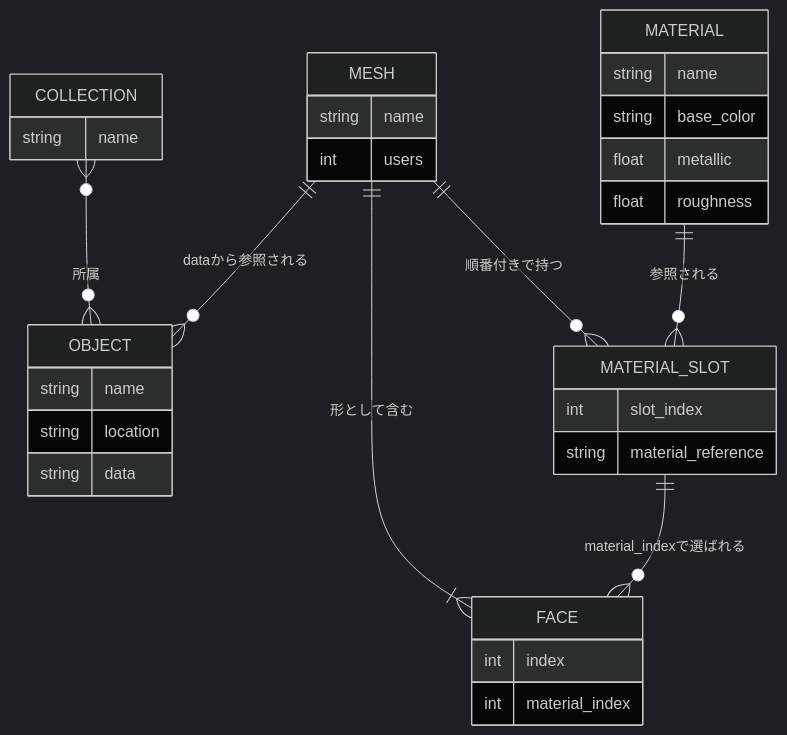
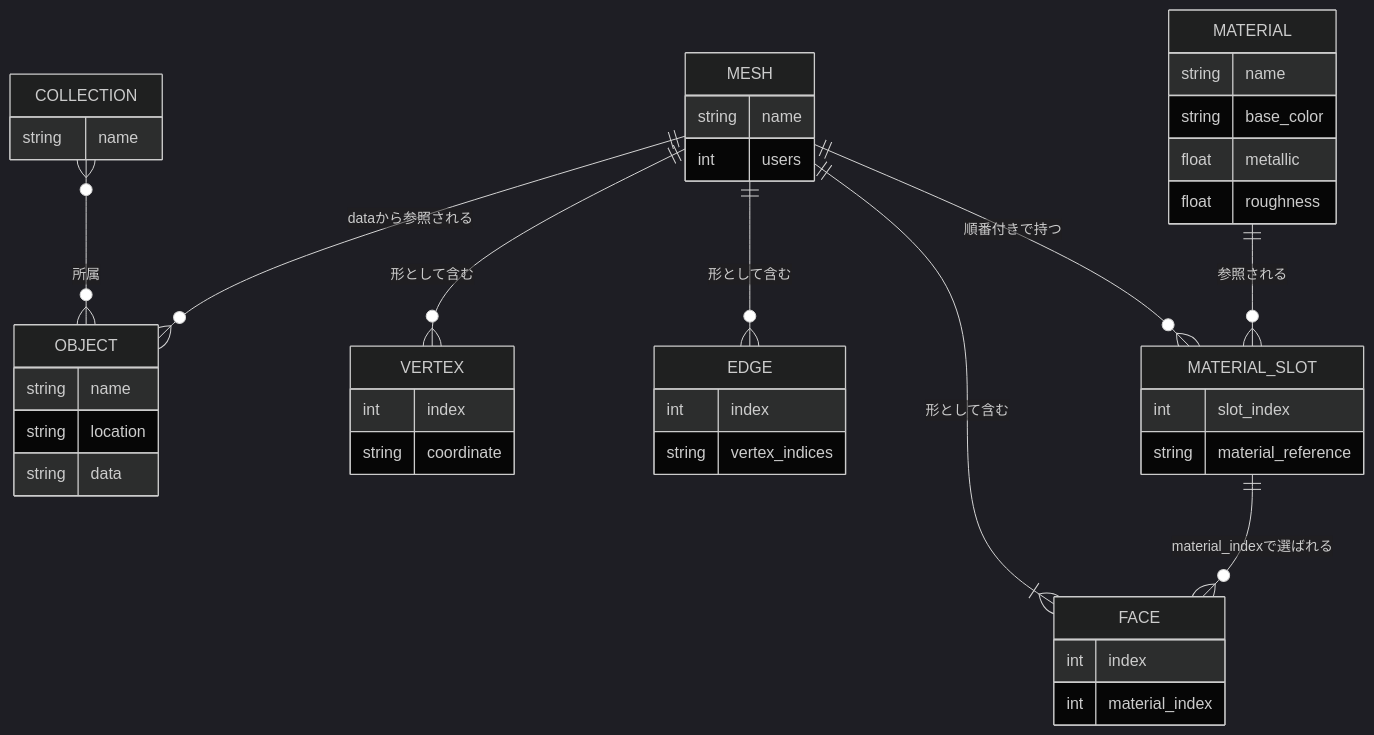
The diagram in docs/notes/mesh-material-slots-er.md (ikeyu0806/blender-practice), drawn with Mermaid (dark theme) before and after one commit. The commit also changed other lines of this file, not shown here.

````diff
--- a/docs/notes/mesh-material-slots-er.md
+++ b/docs/notes/mesh-material-slots-er.md
@@ -27,41 +27,53 @@
 ```mermaid
 erDiagram
     COLLECTION }o--o{ OBJECT : "所属"
     MESH ||--o{ OBJECT : "dataから参照される"
+    MESH ||--o{ VERTEX : "形として含む"
+    MESH ||--o{ EDGE : "形として含む"
     MESH ||--|{ FACE : "形として含む"
     MESH ||--o{ MATERIAL_SLOT : "順番付きで持つ"
     MATERIAL ||--o{ MATERIAL_SLOT : "参照される"
     MATERIAL_SLOT ||--o{ FACE : "material_indexで選ばれる"
 
     COLLECTION {
         string name
     }
 
     OBJECT {
         string name
         string location
         string data
     }
 
     MESH {
         string name
         int users
     }
 
+    VERTEX {
+        int index
+        string coordinate
+    }
+
+    EDGE {
+        int index
+        string vertex_indices
+    }
+
     FACE {
         int index
         int material_index
     }
 
     MATERIAL_SLOT {
         int slot_index
         string material_reference
     }
 
     MATERIAL {
         string name
         string base_color
         float metallic
         float roughness
     }
 ```
````
